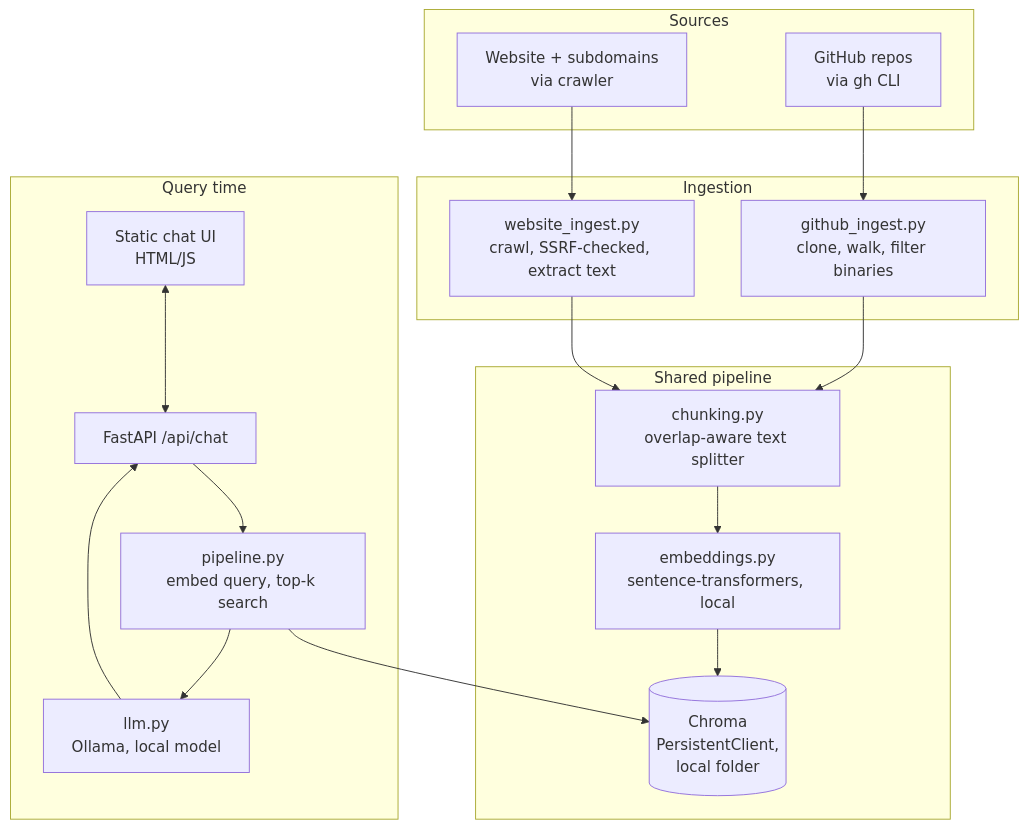
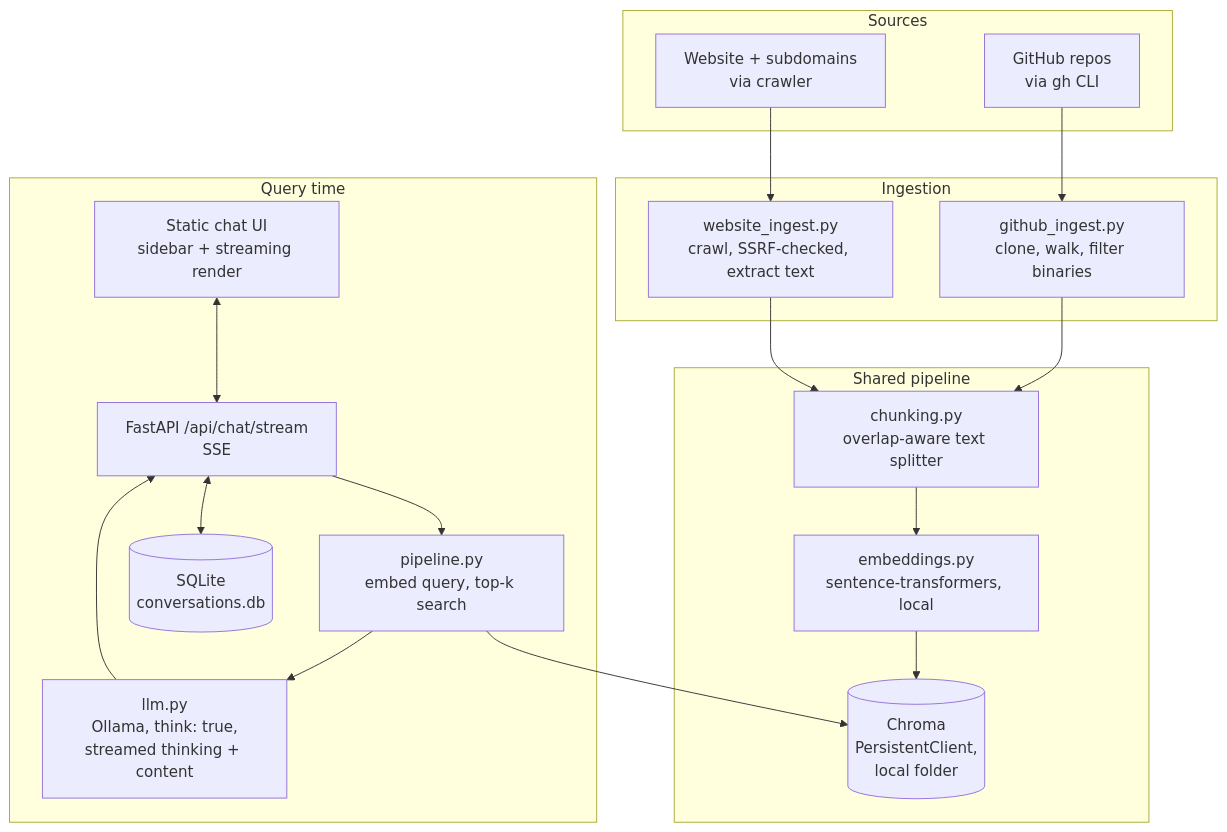
Before and after one commit to sultanmaliki/personal-rag: the diagram in ARCHITECTURE.md, drawn with Mermaid. The commit also changed other lines of this file and 16 other files, not shown here.

````diff
--- a/ARCHITECTURE.md
+++ b/ARCHITECTURE.md
@@ -9,31 +9,33 @@
 ```mermaid
 flowchart TD
     subgraph Sources
         GH[GitHub repos<br/>via gh CLI]
         WEB[Website + subdomains<br/>via crawler]
     end
 
     subgraph Ingestion
         GHI[github_ingest.py<br/>clone, walk, filter binaries]
         WEBI[website_ingest.py<br/>crawl, SSRF-checked, extract text]
     end
 
     subgraph "Shared pipeline"
         CHUNK[chunking.py<br/>overlap-aware text splitter]
         EMBED[embeddings.py<br/>sentence-transformers, local]
         STORE[(Chroma<br/>PersistentClient,<br/>local folder)]
     end
 
     subgraph "Query time"
-        API[FastAPI /api/chat]
+        API[FastAPI /api/chat/stream<br/>SSE]
         RETR[pipeline.py<br/>embed query, top-k search]
-        LLM[llm.py<br/>Ollama, local model]
-        UI[Static chat UI<br/>HTML/JS]
+        LLM[llm.py<br/>Ollama, think: true,<br/>streamed thinking + content]
+        HIST[(SQLite<br/>conversations.db)]
+        UI[Static chat UI<br/>sidebar + streaming render]
     end
 
     GH --> GHI --> CHUNK
     WEB --> WEBI --> CHUNK
     CHUNK --> EMBED --> STORE
     UI <--> API --> RETR --> STORE
     RETR --> LLM --> API
+    API <--> HIST
 ```
````
